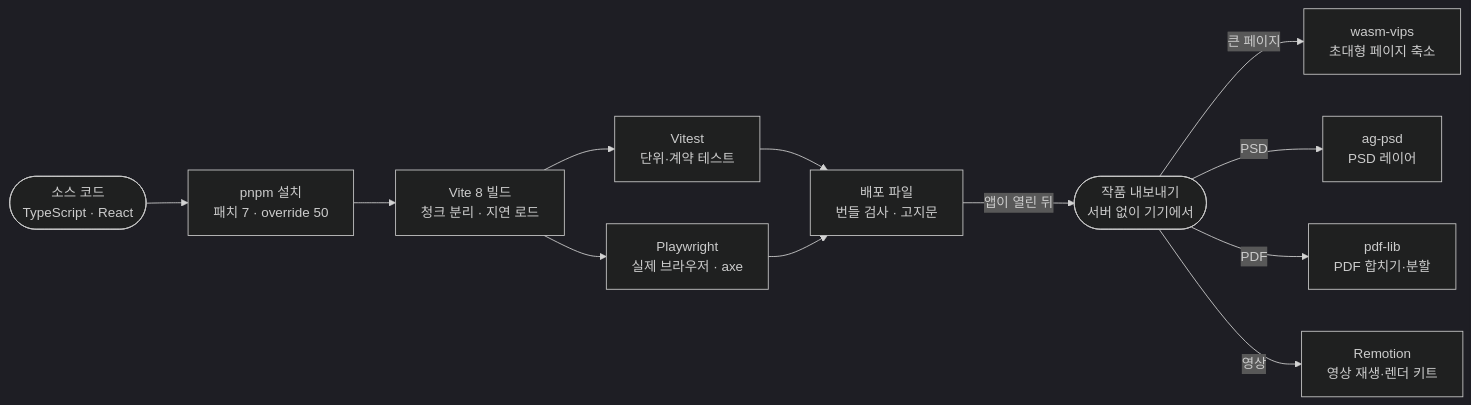
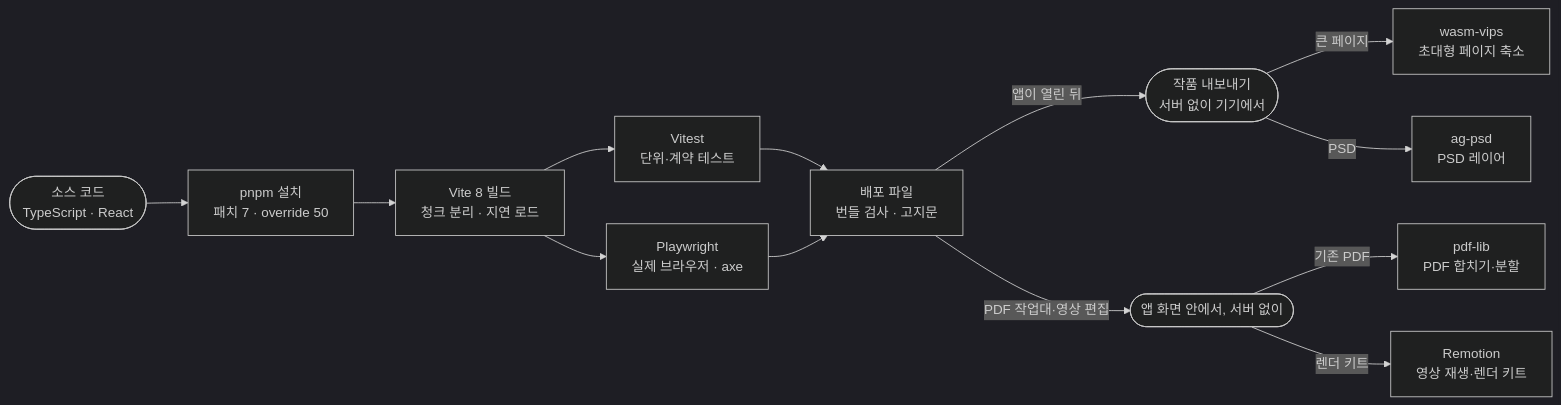
Before and after one commit to blue45f/toonstudio: the sixth of 6 diagrams in docs/technology/engineering-libraries.md, drawn with Mermaid (dark theme). The commit also changed other lines of this file and 16 other files, not shown here.

````diff
--- a/docs/technology/engineering-libraries.md
+++ b/docs/technology/engineering-libraries.md
@@ -290,14 +290,15 @@
 ```mermaid
 flowchart LR
   S(["소스 코드<br/>TypeScript · React"]) --> N["pnpm 설치<br/>패치 7 · override 50"]
   N --> V["Vite 8 빌드<br/>청크 분리 · 지연 로드"]
   V --> T1["Vitest<br/>단위·계약 테스트"]
   V --> T2["Playwright<br/>실제 브라우저 · axe"]
   T1 --> B["배포 파일<br/>번들 검사 · 고지문"]
   T2 --> B
   B -->|"앱이 열린 뒤"| X(["작품 내보내기<br/>서버 없이 기기에서"])
   X -->|"큰 페이지"| W["wasm-vips<br/>초대형 페이지 축소"]
   X -->|"PSD"| P["ag-psd<br/>PSD 레이어"]
-  X -->|"PDF"| F["pdf-lib<br/>PDF 합치기·분할"]
-  X -->|"영상"| R["Remotion<br/>영상 재생·렌더 키트"]
+  B -->|"PDF 작업대·영상 편집"| K(["앱 화면 안에서, 서버 없이"])
+  K -->|"기존 PDF"| F["pdf-lib<br/>PDF 합치기·분할"]
+  K -->|"렌더 키트"| R["Remotion<br/>영상 재생·렌더 키트"]
 ```
````
